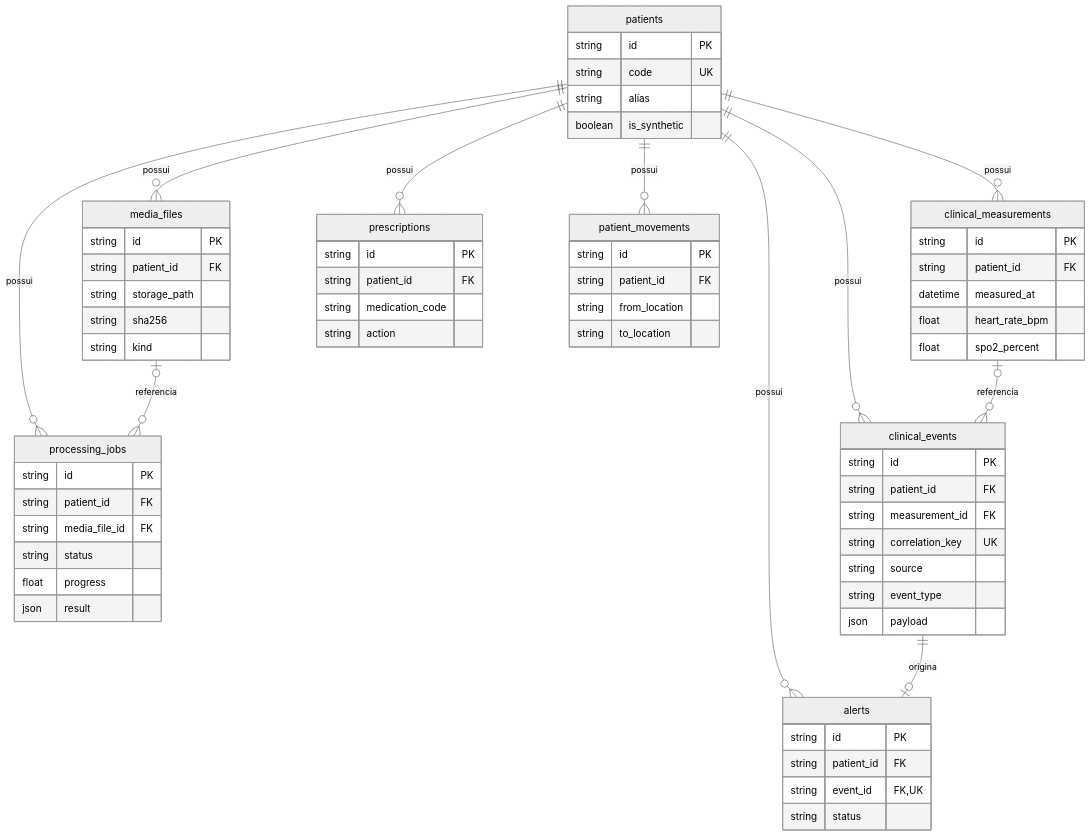
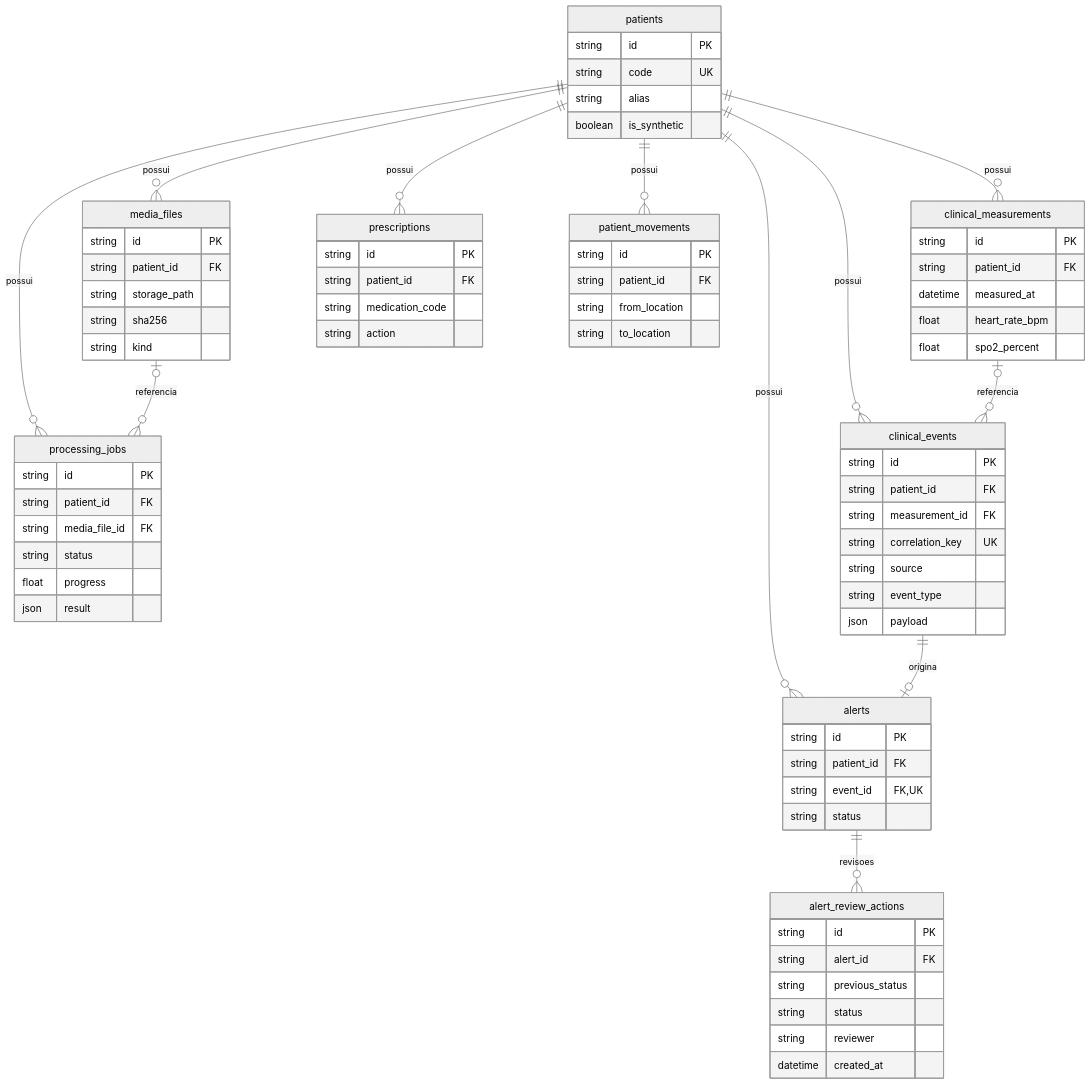
Before and after one commit to mo1sess/tech-challenge-fiap-fase-4: the seventh of 10 diagrams in docs/DIAGRAMS.md, drawn with Mermaid (neutral theme). The commit also changed other lines of this file and 61 other files, not shown here.

````diff
--- a/docs/DIAGRAMS.md
+++ b/docs/DIAGRAMS.md
@@ -137,68 +142,77 @@
 ```mermaid
 erDiagram
     patients ||--o{ clinical_measurements : possui
     patients ||--o{ media_files : possui
     patients ||--o{ processing_jobs : possui
     patients ||--o{ prescriptions : possui
     patients ||--o{ patient_movements : possui
     patients ||--o{ clinical_events : possui
     patients ||--o{ alerts : possui
     media_files o|--o{ processing_jobs : referencia
     clinical_measurements o|--o{ clinical_events : referencia
     clinical_events ||--o| alerts : origina
+    alerts ||--o{ alert_review_actions : revisoes
     patients {
         string id PK
         string code UK
         string alias
         boolean is_synthetic
     }
     clinical_measurements {
         string id PK
         string patient_id FK
         datetime measured_at
         float heart_rate_bpm
         float spo2_percent
     }
     media_files {
         string id PK
         string patient_id FK
         string storage_path
         string sha256
         string kind
     }
     processing_jobs {
         string id PK
         string patient_id FK
         string media_file_id FK
         string status
         float progress
         json result
     }
     prescriptions {
         string id PK
         string patient_id FK
         string medication_code
         string action
     }
     patient_movements {
         string id PK
         string patient_id FK
         string from_location
         string to_location
     }
     clinical_events {
         string id PK
         string patient_id FK
         string measurement_id FK
         string correlation_key UK
         string source
         string event_type
         json payload
     }
     alerts {
         string id PK
         string patient_id FK
         string event_id FK, UK
         string status
     }
+    alert_review_actions {
+        string id PK
+        string alert_id FK
+        string previous_status
+        string status
+        string reviewer
+        datetime created_at
+    }
 ```
````
